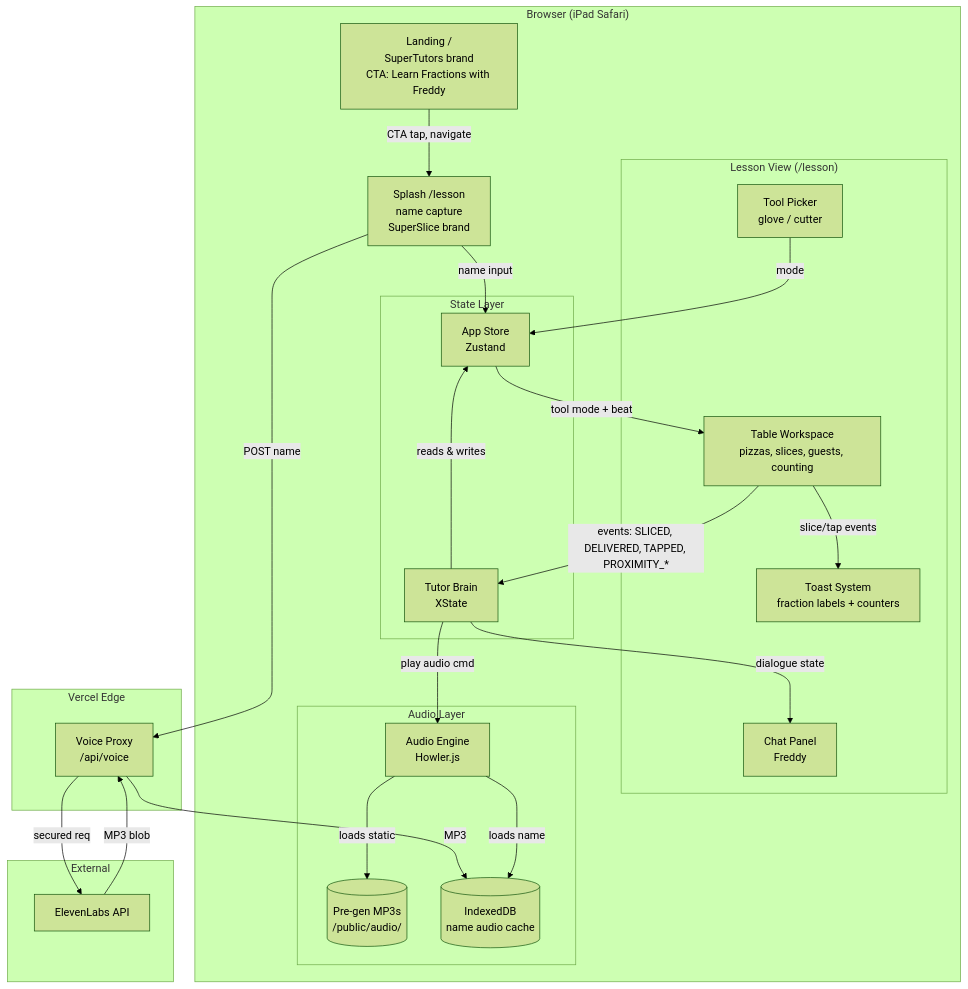
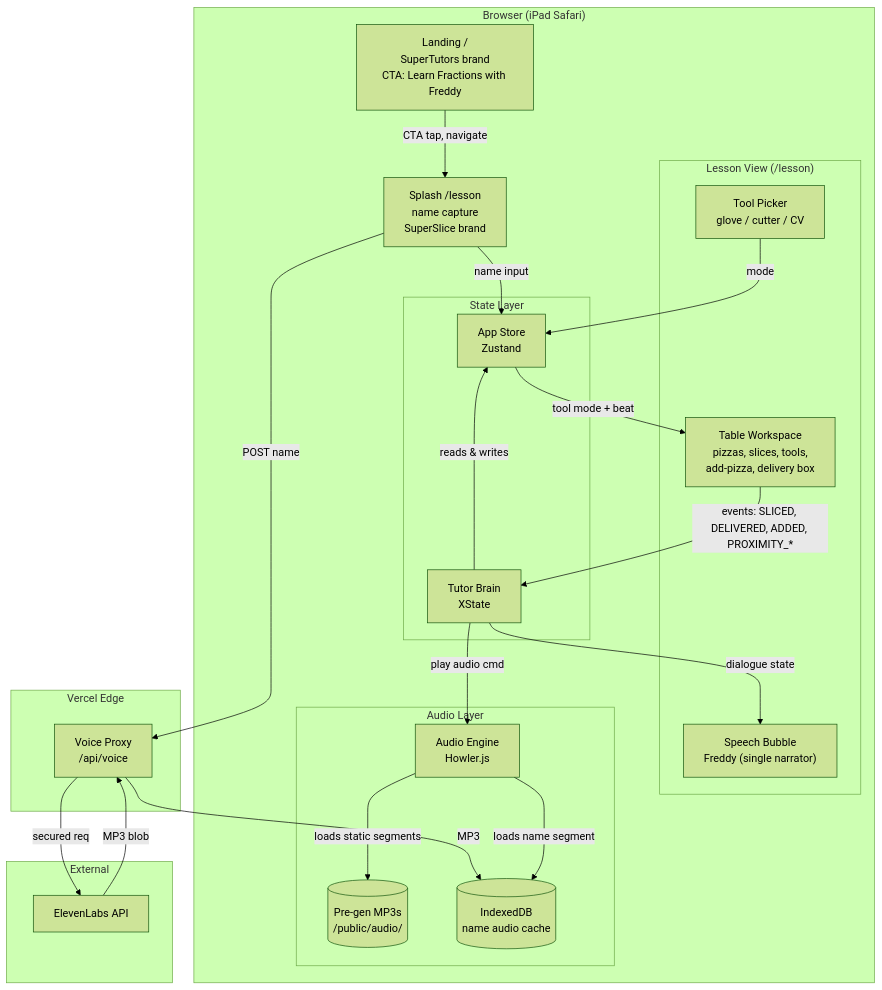
One commit to jdijols/supertutors changed the first of 3 diagrams in PRD.md. Above: the diagram before and after it, drawn with Mermaid (forest theme). The commit also changed other lines of this file and 2 other files, not shown here.

````diff
--- a/PRD.md
+++ b/PRD.md
@@ -262,50 +262,48 @@
 ```mermaid
 graph TB
     subgraph Browser["Browser (iPad Safari)"]
         Landing["Landing /<br/>SuperTutors brand<br/>CTA: Learn Fractions with Freddy"]
         Splash["Splash /lesson<br/>name capture<br/>SuperSlice brand"]
 
         subgraph LessonView["Lesson View (/lesson)"]
-            Chat["Chat Panel<br/>Freddy"]
-            Table["Table Workspace<br/>pizzas, slices, guests, counting"]
-            Tools["Tool Picker<br/>glove / cutter"]
-            Toast["Toast System<br/>fraction labels + counters"]
+            Chat["Speech Bubble<br/>Freddy (single narrator)"]
+            Table["Table Workspace<br/>pizzas, slices, tools,<br/>add-pizza, delivery box"]
+            Tools["Tool Picker<br/>glove / cutter / CV"]
         end
 
         subgraph StateLayer["State Layer"]
             Brain["Tutor Brain<br/>XState"]
             Store["App Store<br/>Zustand"]
         end
 
         subgraph AudioLayer["Audio Layer"]
             Engine["Audio Engine<br/>Howler.js"]
             MP3s[("Pre-gen MP3s<br/>/public/audio/")]
             Cache[("IndexedDB<br/>name audio cache")]
         end
     end
 
     subgraph Edge["Vercel Edge"]
         Proxy["Voice Proxy<br/>/api/voice"]
     end
 
     subgraph External["External"]
         EL["ElevenLabs API"]
     end
 
     Landing -->|CTA tap, navigate| Splash
     Splash -->|name input| Store
     Splash -->|POST name| Proxy
     Proxy -->|secured req| EL
     EL -->|MP3 blob| Proxy
     Proxy -->|MP3| Cache
 
-    Table -->|events: SLICED, DELIVERED, TAPPED, PROXIMITY_*| Brain
+    Table -->|events: SLICED, DELIVERED, ADDED, PROXIMITY_*| Brain
     Brain -->|dialogue state| Chat
     Brain -->|play audio cmd| Engine
-    Engine -->|loads static| MP3s
-    Engine -->|loads name| Cache
+    Engine -->|loads static segments| MP3s
+    Engine -->|loads name segment| Cache
     Tools -->|mode| Store
     Store -->|tool mode + beat| Table
-    Table -->|slice/tap events| Toast
     Brain -->|reads & writes| Store
 ```
````
